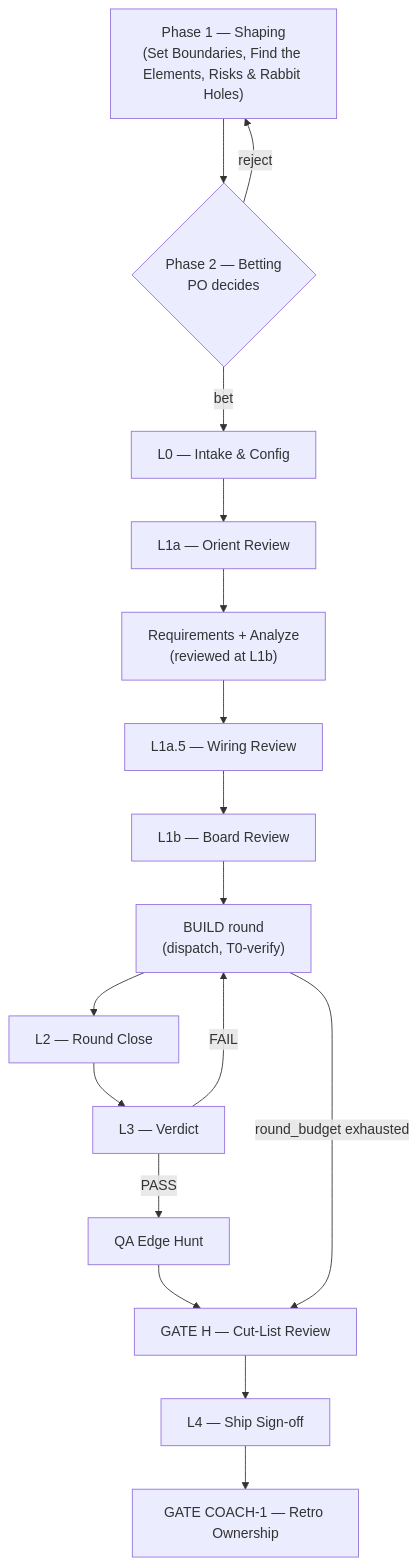
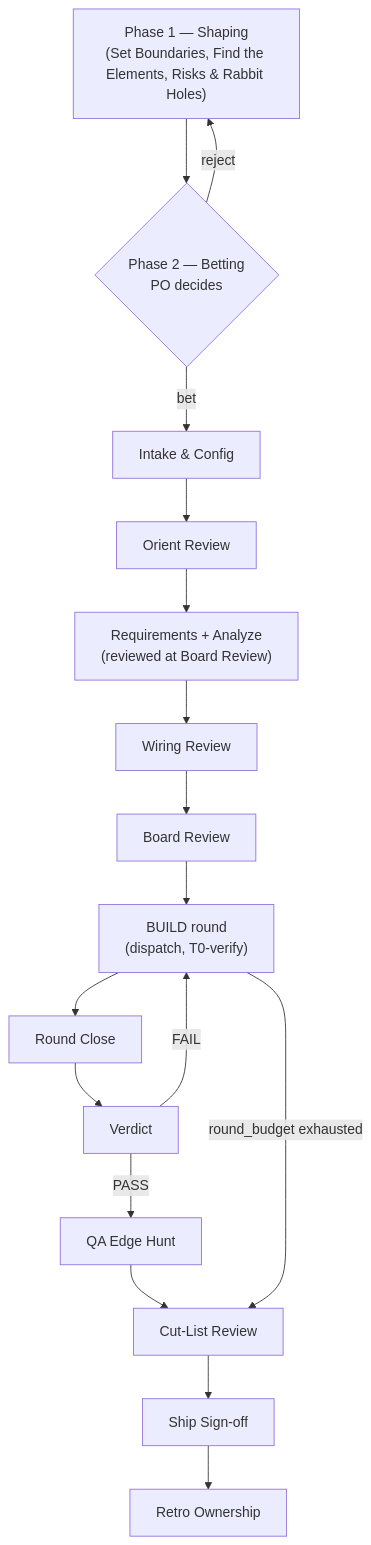
One commit to nguyenvanphituoc/shapeup-sdlc-plugin changed the diagram in AGENTS.md. Above: the diagram before and after it, drawn with Mermaid. The commit also changed other lines of this file and 46 other files, not shown here.

````diff
--- a/AGENTS.md
+++ b/AGENTS.md
@@ -26,27 +26,27 @@
 ```mermaid
 flowchart TD
-    SH["Phase 1 — Shaping\n(Set Boundaries, Find the Elements, Risks & Rabbit Holes)"]
-    BT{"Phase 2 — Betting\nPO decides"}
-    L0["L0 — Intake & Config"]
-    L1a["L1a — Orient Review"]
-    REQ["Requirements + Analyze\n(reviewed at L1b)"]
-    L1a5["L1a.5 — Wiring Review"]
-    L1b["L1b — Board Review"]
-    ROUND["BUILD round\n(dispatch, T0-verify)"]
-    L2["L2 — Round Close"]
-    L3["L3 — Verdict"]
+    Shaping["Phase 1 — Shaping\n(Set Boundaries, Find the Elements, Risks & Rabbit Holes)"]
+    Betting{"Phase 2 — Betting\nPO decides"}
+    Intake["Intake & Config"]
+    Orient["Orient Review"]
+    Requirements["Requirements + Analyze\n(reviewed at Board Review)"]
+    Wiring["Wiring Review"]
+    Board["Board Review"]
+    Round["BUILD round\n(dispatch, T0-verify)"]
+    Close["Round Close"]
+    Verdict["Verdict"]
     QA["QA Edge Hunt"]
-    H["GATE H — Cut-List Review"]
-    L4["L4 — Ship Sign-off"]
-    COACH["GATE COACH-1 — Retro Ownership"]
+    Cut["Cut-List Review"]
+    Ship["Ship Sign-off"]
+    Retro["Retro Ownership"]
 
-    SH --> BT
-    BT -- bet --> L0
-    BT -- reject --> SH
-    L0 --> L1a --> REQ --> L1a5 --> L1b --> ROUND
-    ROUND --> L2 --> L3
-    L3 -- FAIL --> ROUND
-    L3 -- PASS --> QA --> H
-    ROUND -- "round_budget exhausted" --> H
-    H --> L4 --> COACH
+    Shaping --> Betting
+    Betting -- bet --> Intake
+    Betting -- reject --> Shaping
+    Intake --> Orient --> Requirements --> Wiring --> Board --> Round
+    Round --> Close --> Verdict
+    Verdict -- FAIL --> Round
+    Verdict -- PASS --> QA --> Cut
+    Round -- "round_budget exhausted" --> Cut
+    Cut --> Ship --> Retro
 ```
````
